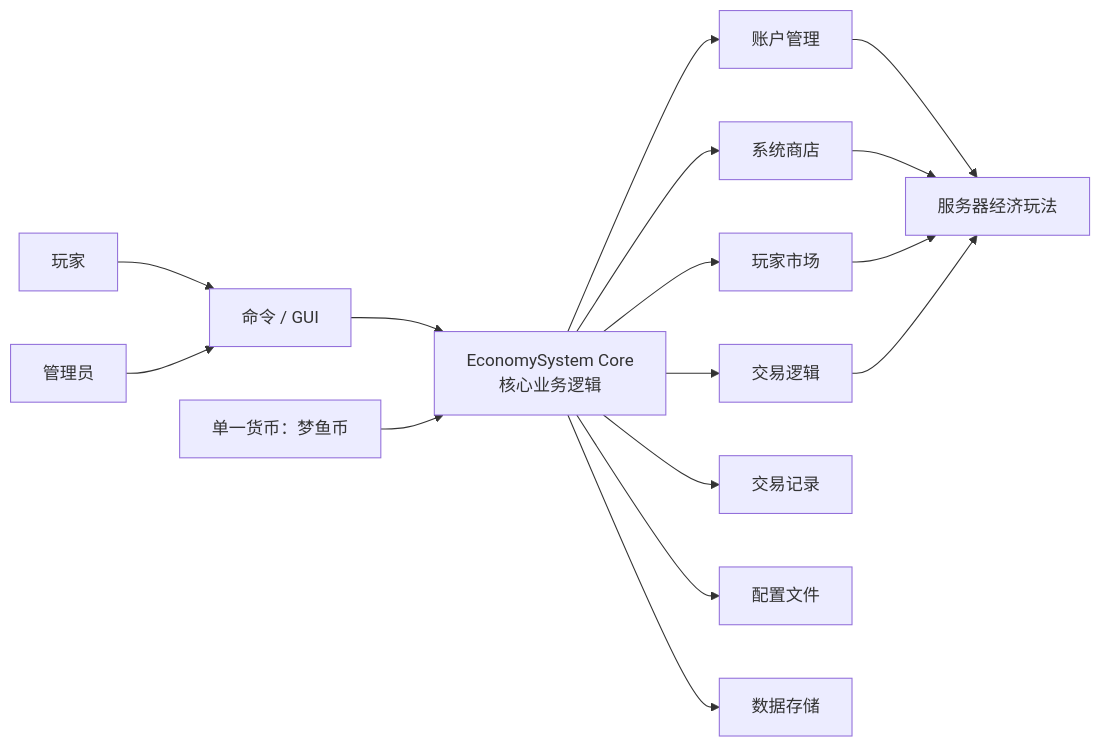
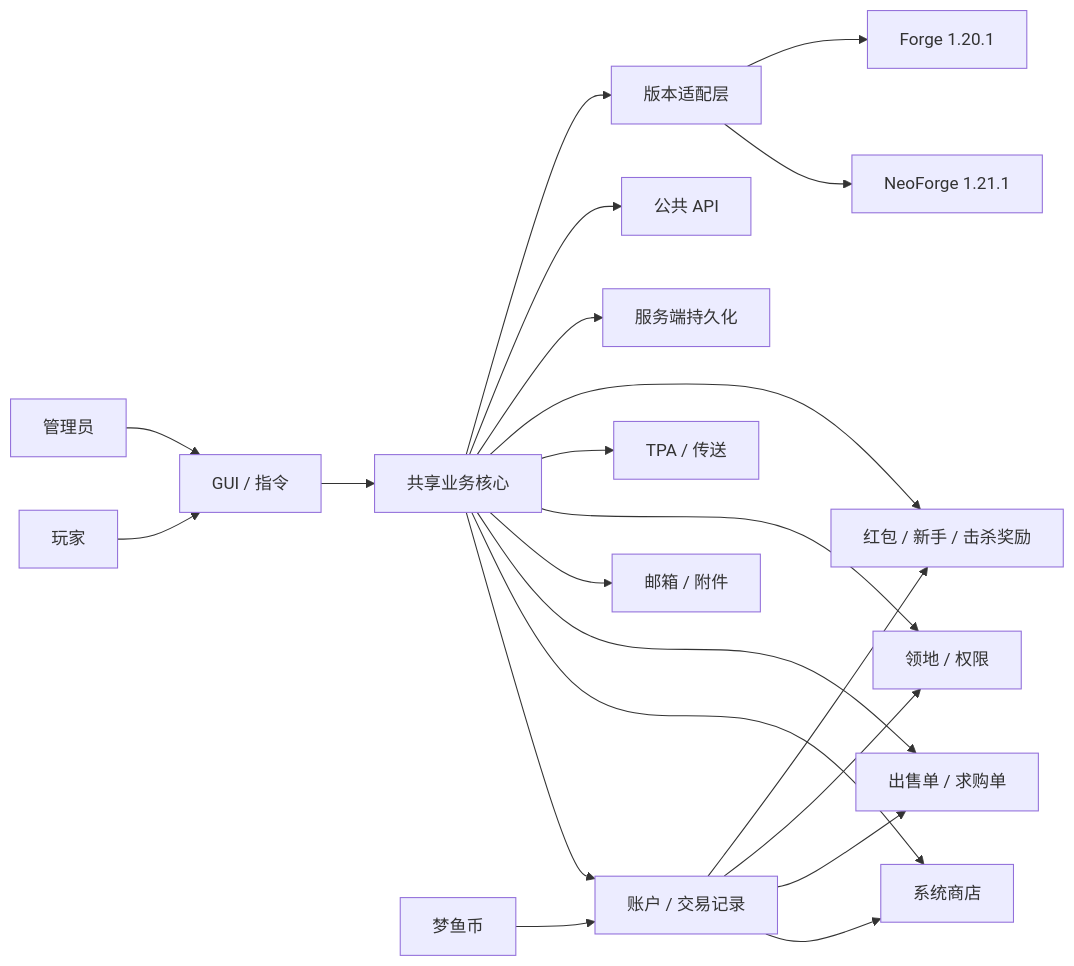
One commit to QingMo-A/EconomySystem changed the diagram in README.md. Above: the diagram before and after it, drawn with Mermaid. The commit also changed other lines of this file, not shown here.

````diff
--- a/README.md
+++ b/README.md
@@ -92,22 +348,28 @@
 ```mermaid
 flowchart LR
-    Player[玩家] --> GUI[命令 / GUI]
-    Admin[管理员] --> GUI
-    GUI --> Core[EconomySystem Core\n核心业务逻辑]
+    Player[玩家] --> UI[GUI / 指令]
+    Admin[管理员] --> UI
 
-    Core --> Account[账户管理]
+    UI --> Core[共享业务核心]
+
+    Core --> Account[账户 / 交易记录]
     Core --> Shop[系统商店]
-    Core --> Market[玩家市场]
-    Core --> Trade[交易逻辑]
-    Core --> Log[交易记录]
+    Core --> Market[出售单 / 求购单]
+    Core --> Mailbox[邮箱 / 附件]
+    Core --> Territory[领地 / 权限]
+    Core --> TPA[TPA / 传送]
+    Core --> Reward[红包 / 新手 / 击杀奖励]
 
-    Core --> Config[配置文件]
-    Core --> Storage[数据存储]
+    Core --> Storage[服务端持久化]
+    Core --> API[公共 API]
 
-    Account --> Gameplay[服务器经济玩法]
-    Shop --> Gameplay
-    Market --> Gameplay
-    Trade --> Gameplay
+    Adapter[版本适配层] --> NeoForge[NeoForge 1.21.1]
+    Adapter --> Forge[Forge 1.20.1]
+    Core --> Adapter
 
-    Currency[单一货币：梦鱼币] --> Core
+    Currency[梦鱼币] --> Account
+    Account --> Shop
+    Account --> Market
+    Account --> Territory
+    Account --> Reward
 ```
````
